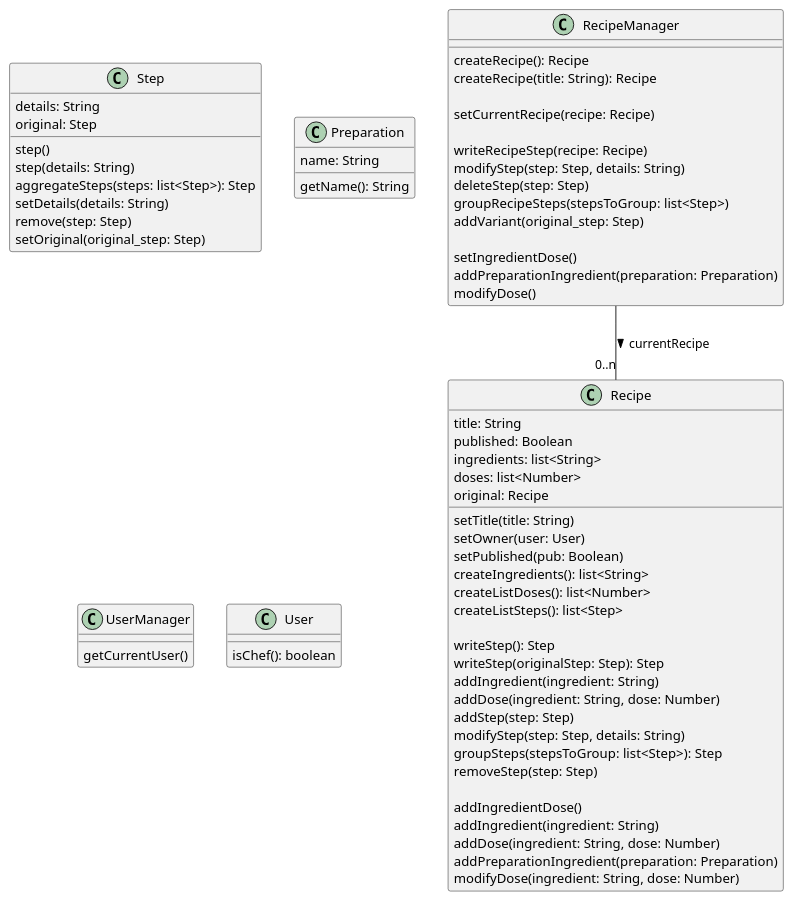
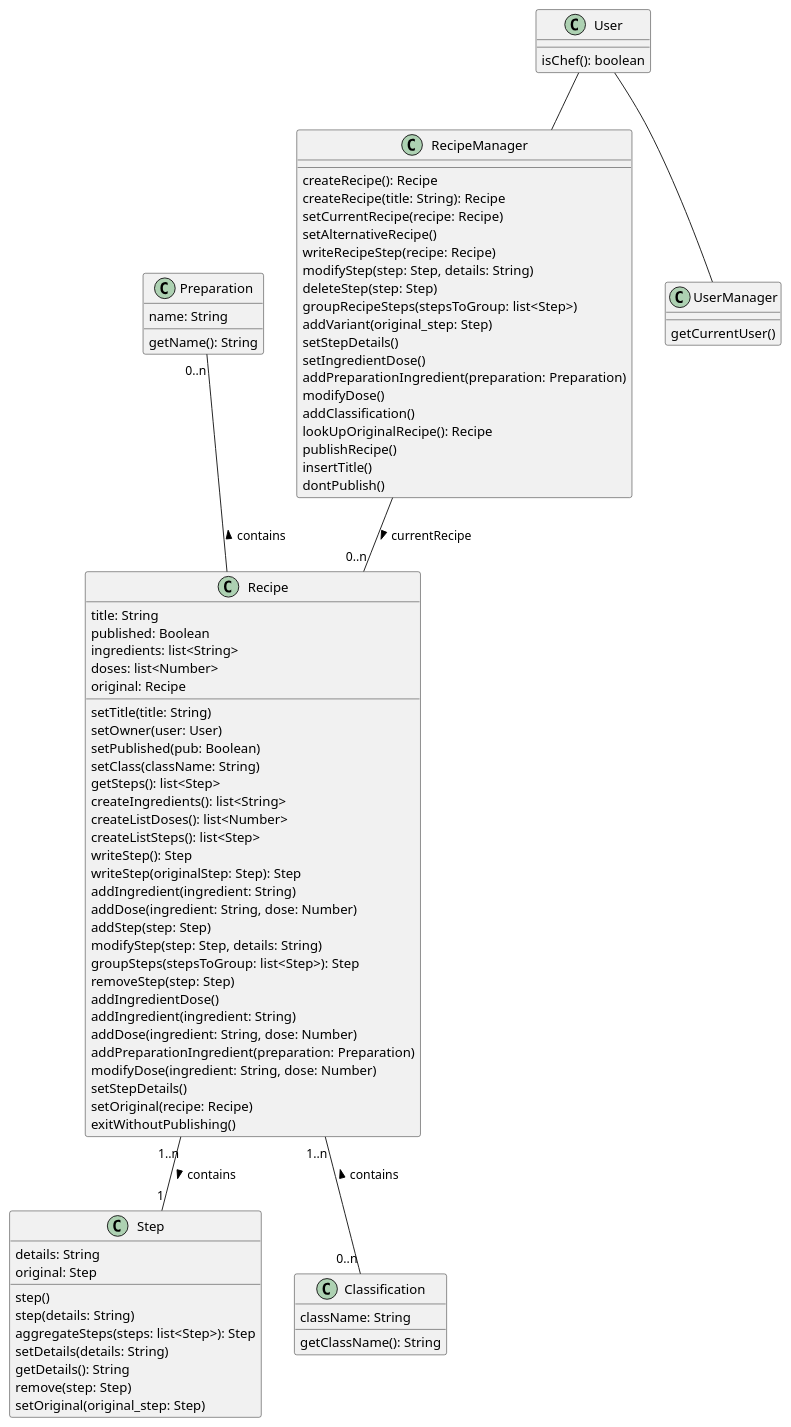
The diagram in dcd/dcd-ricette.md (m0canu1/sas), drawn with PlantUML before and after one commit.

Commit message:
dcd fico

````diff
--- a/dcd/dcd-ricette.md
+++ b/dcd/dcd-ricette.md
@@ -1,21 +1,24 @@
 ```plantuml
 
 Class RecipeManager {
-
 	createRecipe(): Recipe
 	createRecipe(title: String): Recipe
-	
 	setCurrentRecipe(recipe: Recipe)
-
+    setAlternativeRecipe()
 	writeRecipeStep(recipe: Recipe)
 	modifyStep(step: Step, details: String)
 	deleteStep(step: Step)
 	groupRecipeSteps(stepsToGroup: list<Step>)
 	addVariant(original_step: Step)
-
-	setIngredientDose()
+	setStepDetails()
+    setIngredientDose()
 	addPreparationIngredient(preparation: Preparation)
 	modifyDose()
+    addClassification()
+    lookUpOriginalRecipe(): Recipe
+    publishRecipe()
+    insertTitle()
+    dontPublish()
 }
 
 Class Recipe {
@@ -24,14 +27,14 @@
 	ingredients: list<String>
 	doses: list<Number>
 	original: Recipe
-
 	setTitle(title: String)
 	setOwner(user: User)
 	setPublished(pub: Boolean)
+    setClass(className: String)
+    getSteps(): list<Step>
 	createIngredients(): list<String>
 	createListDoses(): list<Number>
 	createListSteps(): list<Step> 
-
 	writeStep(): Step
 	writeStep(originalStep: Step): Step
 	addIngredient(ingredient: String)
@@ -40,29 +43,30 @@
 	modifyStep(step: Step, details: String)
 	groupSteps(stepsToGroup: list<Step>): Step
 	removeStep(step: Step)
-
 	addIngredientDose()
 	addIngredient(ingredient: String)
 	addDose(ingredient: String, dose: Number)
 	addPreparationIngredient(preparation: Preparation)
 	modifyDose(ingredient: String, dose: Number)
+    setStepDetails()
+    setOriginal(recipe: Recipe)
+    exitWithoutPublishing()
 }
 
 Class Step {
 	details: String
 	original: Step
-
 	step()
 	step(details: String)
 	aggregateSteps(steps: list<Step>): Step
 	setDetails(details: String)
+    getDetails(): String
 	remove(step: Step)
 	setOriginal(original_step: Step)
 }
 
 Class Preparation {
 	name: String
-
 	getName(): String
 }
 
@@ -75,7 +79,22 @@
 	isChef(): boolean
 }
 
+Class Classification {
+    className: String
+    getClassName(): String
+}
+
 
 RecipeManager -- "0..n" Recipe: currentRecipe >
 
+Recipe "1..n" -- "0..n" Classification: contains <
+
+Recipe "1..n" -- "1" Step: contains >
+
+User -- UserManager
+
+Preparation "0..n" -- Recipe: contains <
+
+User -- RecipeManager
+
 ```
````
